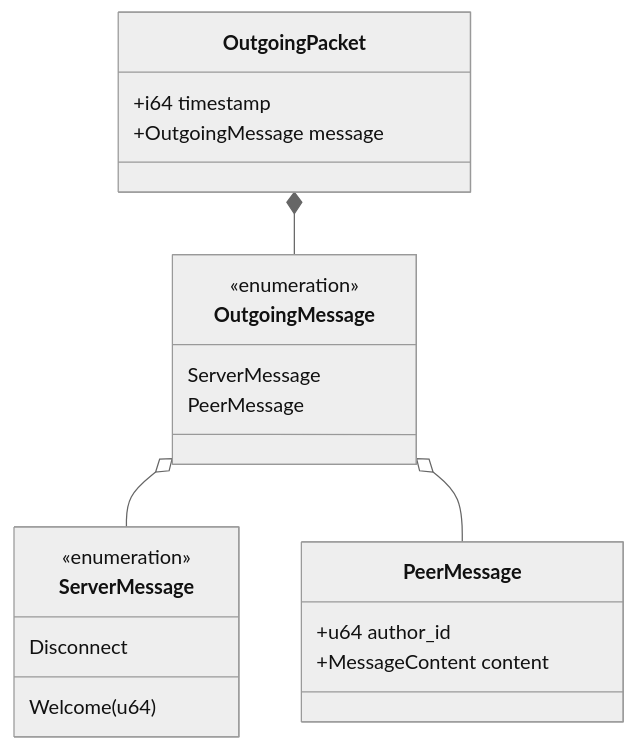
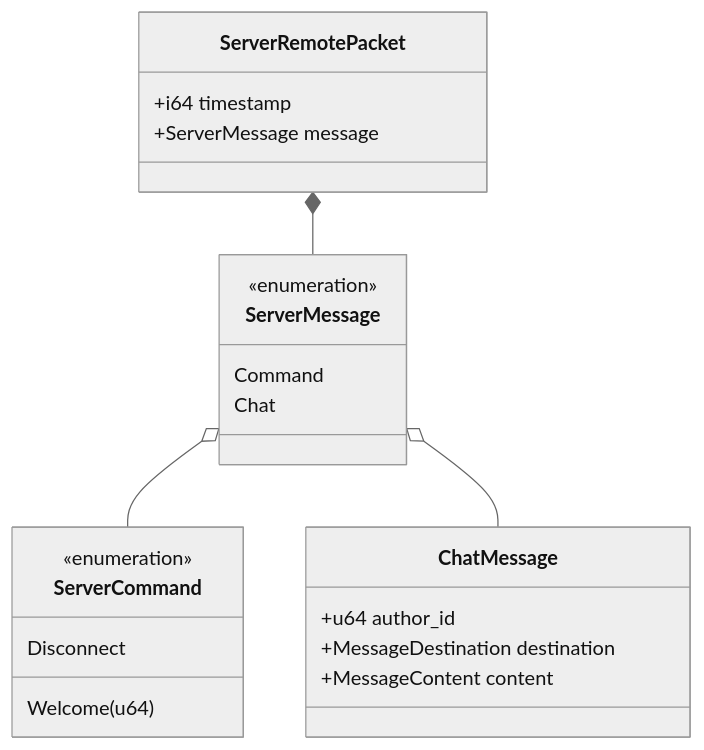
The second of 3 diagrams in README.md (eliseuv/chat), drawn with Mermaid (neutral theme) before and after one commit. The commit also changed other lines of this file, not shown here.

````diff
--- a/README.md
+++ b/README.md
@@ -104,24 +104,25 @@
 ```mermaid
 classDiagram
-    class OutgoingPacket {
+    class ServerRemotePacket {
       +i64 timestamp
-      +OutgoingMessage message
-    }
-    class OutgoingMessage {
-      <<enumeration>>
-      ServerMessage
-      PeerMessage
+      +ServerMessage message
     }
     class ServerMessage {
+      <<enumeration>>
+      Command
+      Chat
+    }
+    class ServerCommand {
       <<enumeration>>
       Welcome(u64)
       Disconnect
     }
-    class PeerMessage {
+    class ChatMessage {
       +u64 author_id
+      +MessageDestination destination
       +MessageContent content
     }
-    OutgoingPacket *-- OutgoingMessage
-    OutgoingMessage o-- ServerMessage
-    OutgoingMessage o-- PeerMessage
+    ServerRemotePacket *-- ServerMessage
+    ServerMessage o-- ServerCommand
+    ServerMessage o-- ChatMessage
 ```
````
